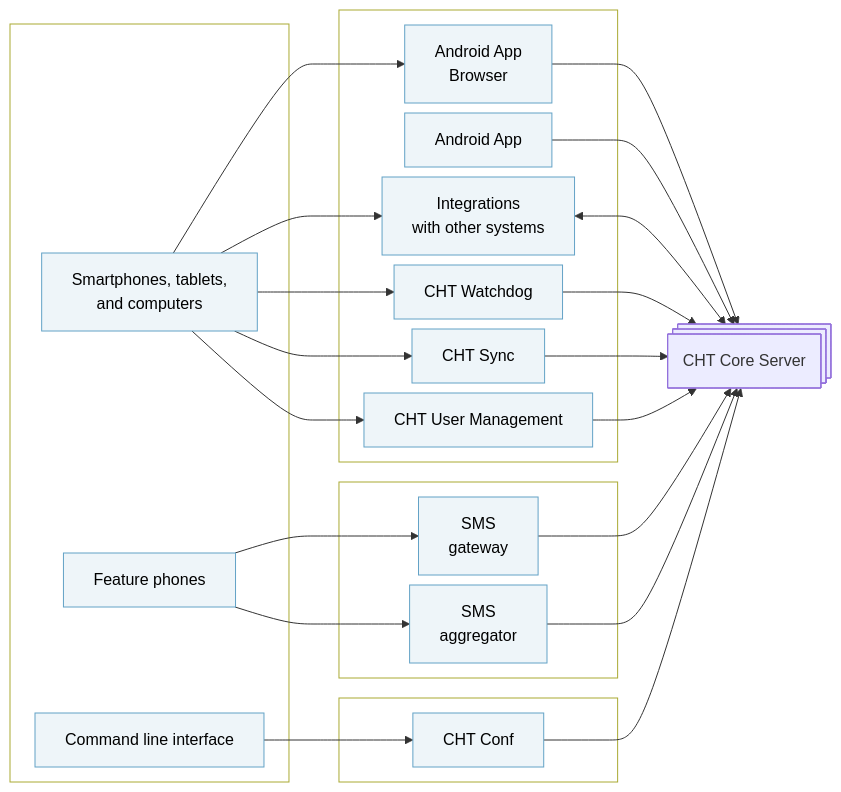
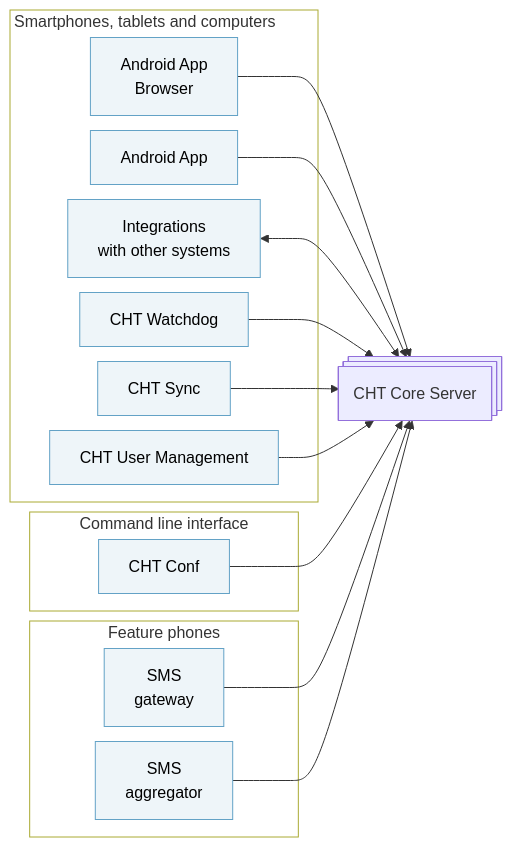
Before and after one commit to medic/cht-docs: the diagram in content/en/technical-overview/architecture/overview.md, drawn with Mermaid.

Commit message:
Refactor architecture diagram to improve clarity

````diff
--- a/content/en/technical-overview/architecture/overview.md
+++ b/content/en/technical-overview/architecture/overview.md
@@ -11,58 +11,39 @@
 ```mermaid
-%%{init:{'flowchart':{'nodeSpacing': 10}}}%%
+%%{init:{'flowchart':{'nodeSpacing': 15, 'rankSpacing': 40, 'diagramPadding': 10, 'subGraphTitleMargin': { 'bottom': 10 }}}}%%
 flowchart LR
   classDef container stroke:#63a2c6, fill:#eef5f9, color:#000
-
-subgraph CLIENT[ ]
-    STC[Smartphones, tablets,<br>and computers]:::container
-    FP[Feature phones]:::container
-    CMD[Command line interface]:::container
-end
   
-subgraph APPS[ ]
+subgraph APPS[<div style="width: 300px; ">Smartphones, tablets and computers</div>]
     Browser[Android App<br/>Browser]:::container
     Android[Android App]:::container
     Integrations[Integrations<br>with other systems]:::container
     Watchdog[CHT Watchdog]:::container
     Sync[CHT Sync]:::container
     UMT[CHT User Management]:::container
 end
 
-subgraph CMDL[ ]
+subgraph CMDL[Command line interface]
     Conf[CHT Conf]:::container
 end
 
 CHT@{ shape: procs, label: "CHT Core Server"}
 
-subgraph SMS[ ]
+subgraph SMS[Feature phones]
 SMSG[SMS<br/>gateway]:::container
 SMSA[SMS<br/>aggregator]:::container
 end
-
-STC --> Browser
-STC --> Integrations
-STC --> Watchdog
-STC --> Sync
-STC --> UMT
 
 Browser --> CHT
 Android --> CHT
 Integrations <--> CHT
 Watchdog --> CHT
 Sync --> CHT
 Conf --> CHT
 UMT --> CHT
-
-CMD --> Conf
-
-FP --> SMSG
-FP --> SMSA
-
 SMSG --> CHT
 SMSA --> CHT
 
-style CLIENT fill: transparent 
 style APPS fill: transparent
 style CMDL fill: transparent
 style SMS fill: transparent
 ```
````
